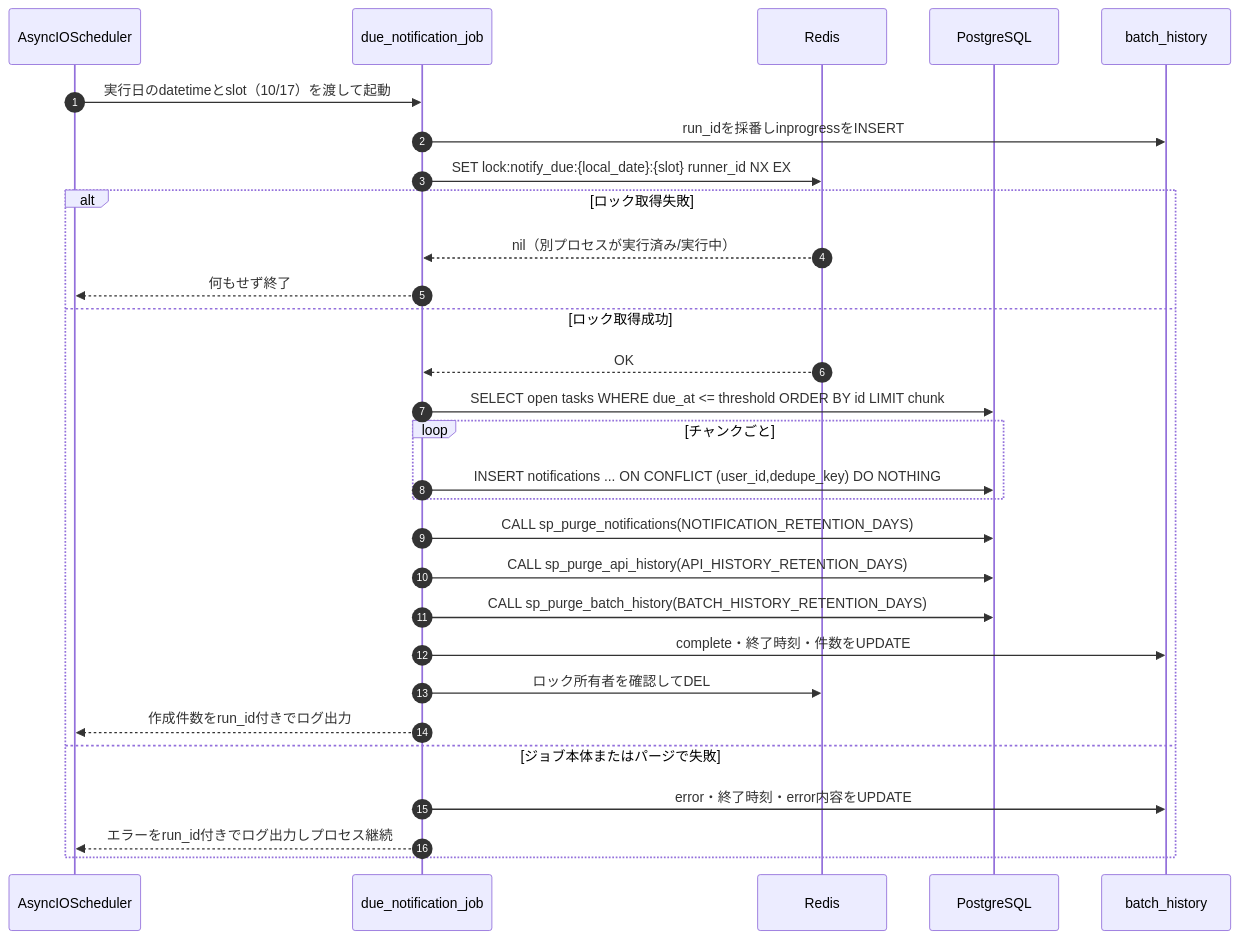
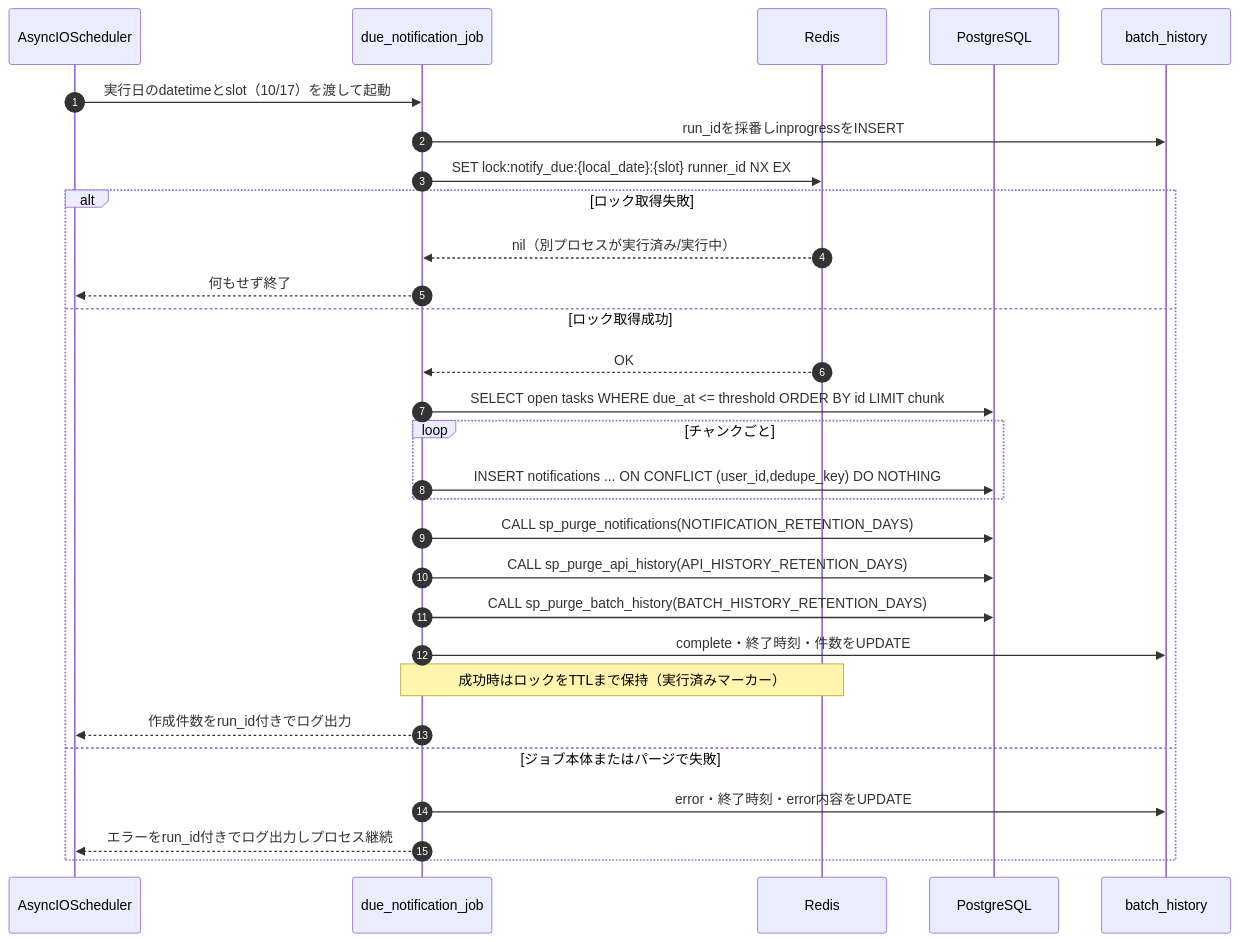
Before and after one commit to oikawa-d/task_management: the diagram in detailed_design/batch/02_due_notification_job.md, drawn with Mermaid. The commit also changed other lines of this file and 19 other files, not shown here.

````diff
--- a/detailed_design/batch/02_due_notification_job.md
+++ b/detailed_design/batch/02_due_notification_job.md
@@ -41,32 +41,32 @@
 ```mermaid
 sequenceDiagram
     autonumber
     participant SCH as AsyncIOScheduler
     participant JOB as due_notification_job
     participant RD as Redis
     participant PG as PostgreSQL
     participant HIS as batch_history
 
     SCH->>JOB: 実行日のdatetimeとslot（10/17）を渡して起動
     JOB->>HIS: run_idを採番しinprogressをINSERT
     JOB->>RD: SET lock:notify_due:{local_date}:{slot} runner_id NX EX
     alt ロック取得失敗
         RD-->>JOB: nil（別プロセスが実行済み/実行中）
         JOB-->>SCH: 何もせず終了
     else ロック取得成功
         RD-->>JOB: OK
         JOB->>PG: SELECT open tasks WHERE due_at <= threshold ORDER BY id LIMIT chunk
         loop チャンクごと
             JOB->>PG: INSERT notifications ... ON CONFLICT (user_id,dedupe_key) DO NOTHING
         end
         JOB->>PG: CALL sp_purge_notifications(NOTIFICATION_RETENTION_DAYS)
         JOB->>PG: CALL sp_purge_api_history(API_HISTORY_RETENTION_DAYS)
         JOB->>PG: CALL sp_purge_batch_history(BATCH_HISTORY_RETENTION_DAYS)
         JOB->>HIS: complete・終了時刻・件数をUPDATE
-        JOB->>RD: ロック所有者を確認してDEL
+        Note over JOB,RD: 成功時はロックをTTLまで保持（実行済みマーカー）
         JOB-->>SCH: 作成件数をrun_id付きでログ出力
     else ジョブ本体またはパージで失敗
         JOB->>HIS: error・終了時刻・error内容をUPDATE
         JOB-->>SCH: エラーをrun_id付きでログ出力しプロセス継続
     end
 ```
````
